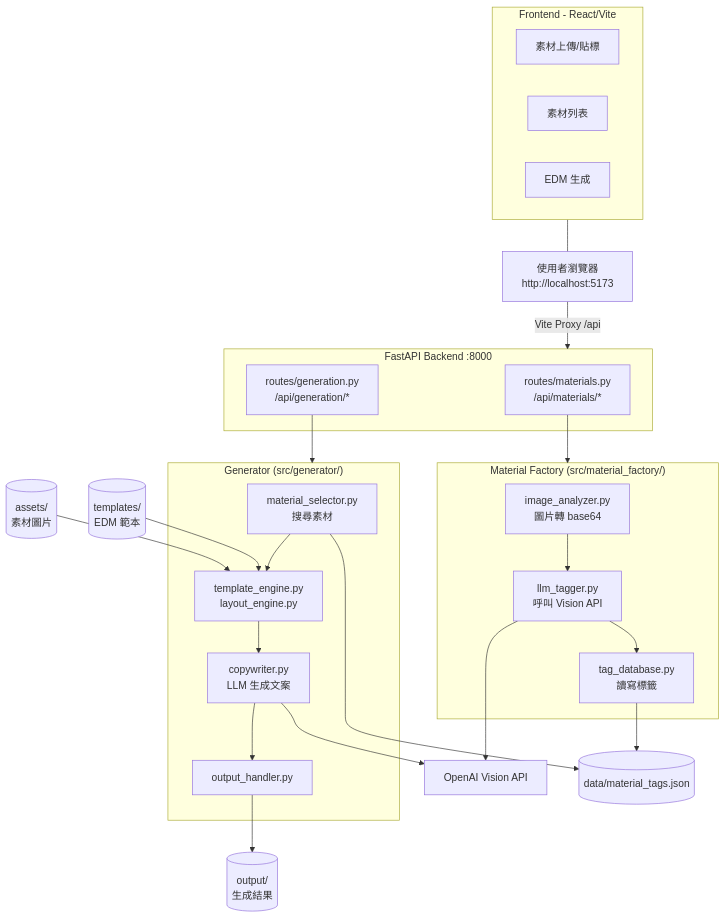
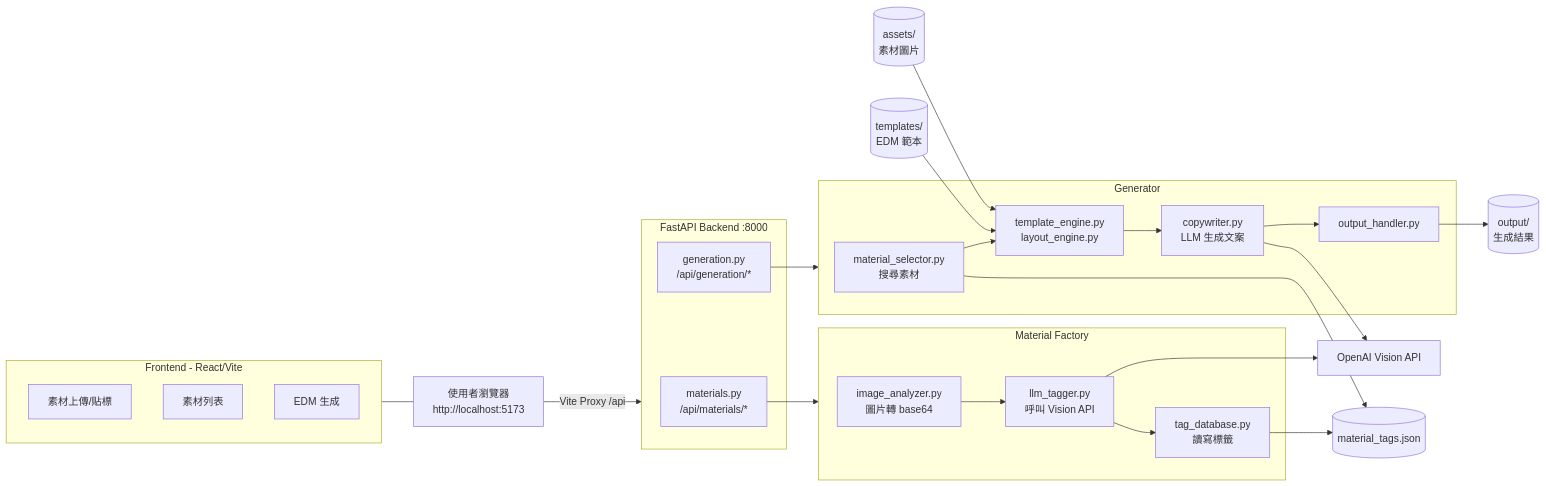
One commit to SamLai228/creative_agent changed the diagram in docs/architecture.md. Above: the diagram before and after it, drawn with Mermaid.

Commit message:
docs: update architecture diagram to horizontal layout
- Change flowchart direction from TD to LR
- Remove path prefixes from node filenames for readability

````diff
--- a/docs/architecture.md
+++ b/docs/architecture.md
@@ -3,55 +3,55 @@
 ```mermaid
-flowchart TD
+flowchart LR
     Browser["使用者瀏覽器\nhttp://localhost:5173"]
 
     subgraph Frontend["Frontend - React/Vite"]
         UI_Upload["素材上傳/貼標"]
         UI_List["素材列表"]
         UI_Generate["EDM 生成"]
     end
 
     subgraph Backend["FastAPI Backend :8000"]
-        R_Materials["routes/materials.py\n/api/materials/*"]
-        R_Generation["routes/generation.py\n/api/generation/*"]
+        R_Materials["materials.py\n/api/materials/*"]
+        R_Generation["generation.py\n/api/generation/*"]
     end
 
-    subgraph MaterialFactory["Material Factory (src/material_factory/)"]
+    subgraph MaterialFactory["Material Factory"]
         ImageAnalyzer["image_analyzer.py\n圖片轉 base64"]
         LLMTagger["llm_tagger.py\n呼叫 Vision API"]
         TagDatabase["tag_database.py\n讀寫標籤"]
     end
 
-    subgraph Generator["Generator (src/generator/)"]
+    subgraph Generator["Generator"]
         MaterialSelector["material_selector.py\n搜尋素材"]
         TemplateEngine["template_engine.py\nlayout_engine.py"]
         Copywriter["copywriter.py\nLLM 生成文案"]
         OutputHandler["output_handler.py"]
     end
 
     OpenAI["OpenAI Vision API"]
 
-    DB[("data/material_tags.json")]
+    DB[("material_tags.json")]
     Assets[("assets/\n素材圖片")]
     Templates[("templates/\nEDM 範本")]
     Output[("output/\n生成結果")]
 
     Browser -->|"Vite Proxy /api"| Backend
     Frontend --- Browser
 
     R_Materials --> MaterialFactory
     R_Generation --> Generator
 
     ImageAnalyzer --> LLMTagger
     LLMTagger --> OpenAI
     LLMTagger --> TagDatabase
     TagDatabase --> DB
 
     MaterialSelector --> DB
     MaterialSelector --> TemplateEngine
     Templates --> TemplateEngine
     Assets --> TemplateEngine
     TemplateEngine --> Copywriter
     Copywriter --> OpenAI
     Copywriter --> OutputHandler
     OutputHandler --> Output
 ```
````
